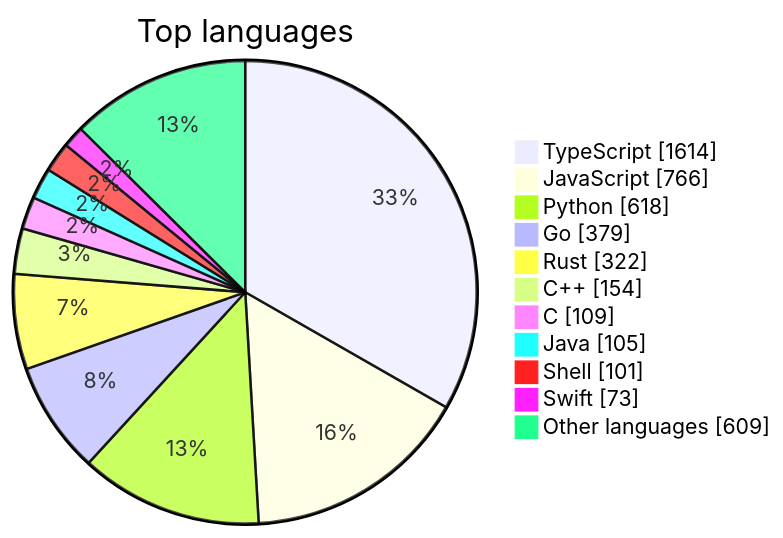
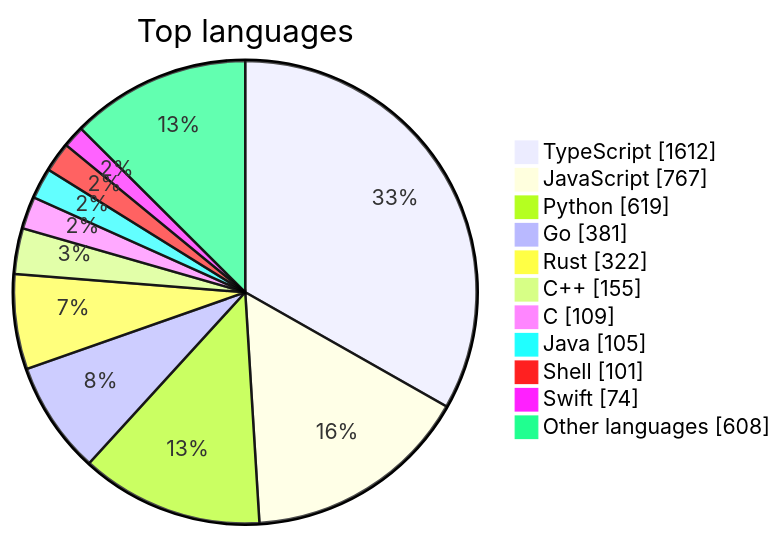
One commit to maxgfr/awesome-stars changed the first of 2 diagrams in README.md. Above: the diagram before and after it, drawn with Mermaid. The commit also changed other lines of this file and 27 other files, not shown here.

````diff
--- a/README.md
+++ b/README.md
@@ -39,14 +39,14 @@
 ```mermaid
 pie showData title Top languages
-    "TypeScript" : 1614
-    "JavaScript" : 766
-    "Python" : 618
-    "Go" : 379
+    "TypeScript" : 1612
+    "JavaScript" : 767
+    "Python" : 619
+    "Go" : 381
     "Rust" : 322
-    "C++" : 154
+    "C++" : 155
     "C" : 109
     "Java" : 105
     "Shell" : 101
-    "Swift" : 73
-    "Other languages" : 609
+    "Swift" : 74
+    "Other languages" : 608
 ```
````
